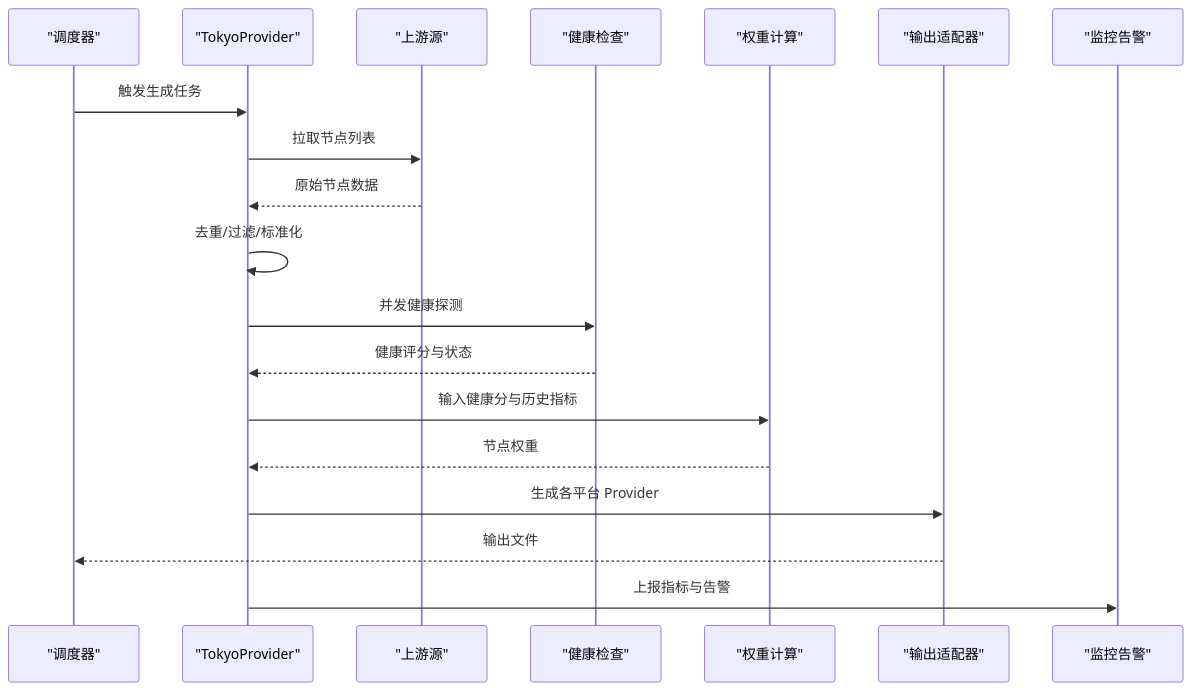
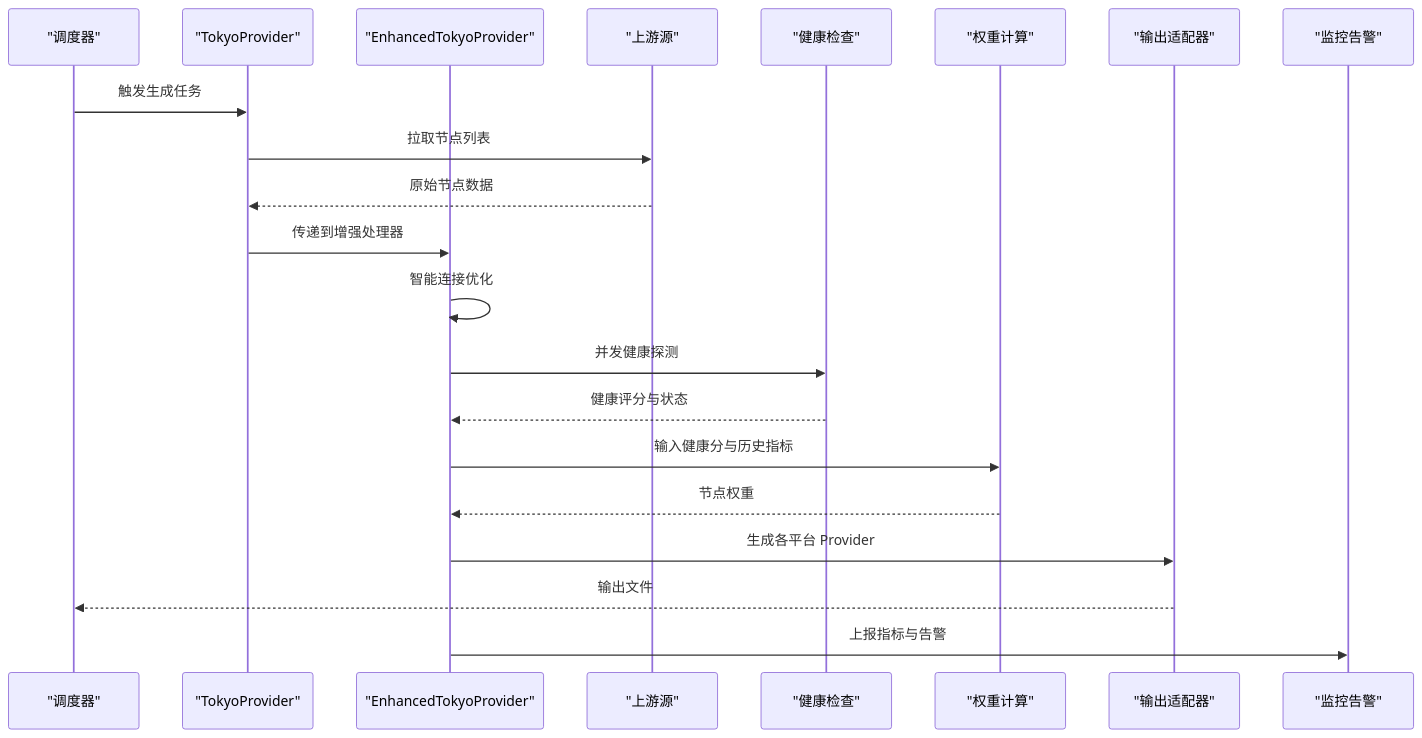
Before and after one commit to 3kaiu/config: the second of 10 diagrams in .qoder/repowiki/zh/content/脚本库/镜像脚本/东京节点提供商.md, drawn with Mermaid. The commit also changed other lines of this file and 112 other files, not shown here.

````diff
--- a/.qoder/repowiki/zh/content/脚本库/镜像脚本/东京节点提供商.md
+++ b/.qoder/repowiki/zh/content/脚本库/镜像脚本/东京节点提供商.md
@@ -99,21 +120,23 @@
 ```mermaid
 sequenceDiagram
 participant S as "调度器"
 participant P as "TokyoProvider"
+participant PE as "EnhancedTokyoProvider"
 participant U as "上游源"
 participant H as "健康检查"
 participant W as "权重计算"
 participant O as "输出适配器"
 participant M as "监控告警"
 S->>P : 触发生成任务
 P->>U : 拉取节点列表
 U-->>P : 原始节点数据
-P->>P : 去重/过滤/标准化
-P->>H : 并发健康探测
-H-->>P : 健康评分与状态
-P->>W : 输入健康分与历史指标
-W-->>P : 节点权重
-P->>O : 生成各平台 Provider
+P->>PE : 传递到增强处理器
+PE->>PE : 智能连接优化
+PE->>H : 并发健康探测
+H-->>PE : 健康评分与状态
+PE->>W : 输入健康分与历史指标
+W-->>PE : 节点权重
+PE->>O : 生成各平台 Provider
 O-->>S : 输出文件
-P->>M : 上报指标与告警
+PE->>M : 上报指标与告警
 ```
````
